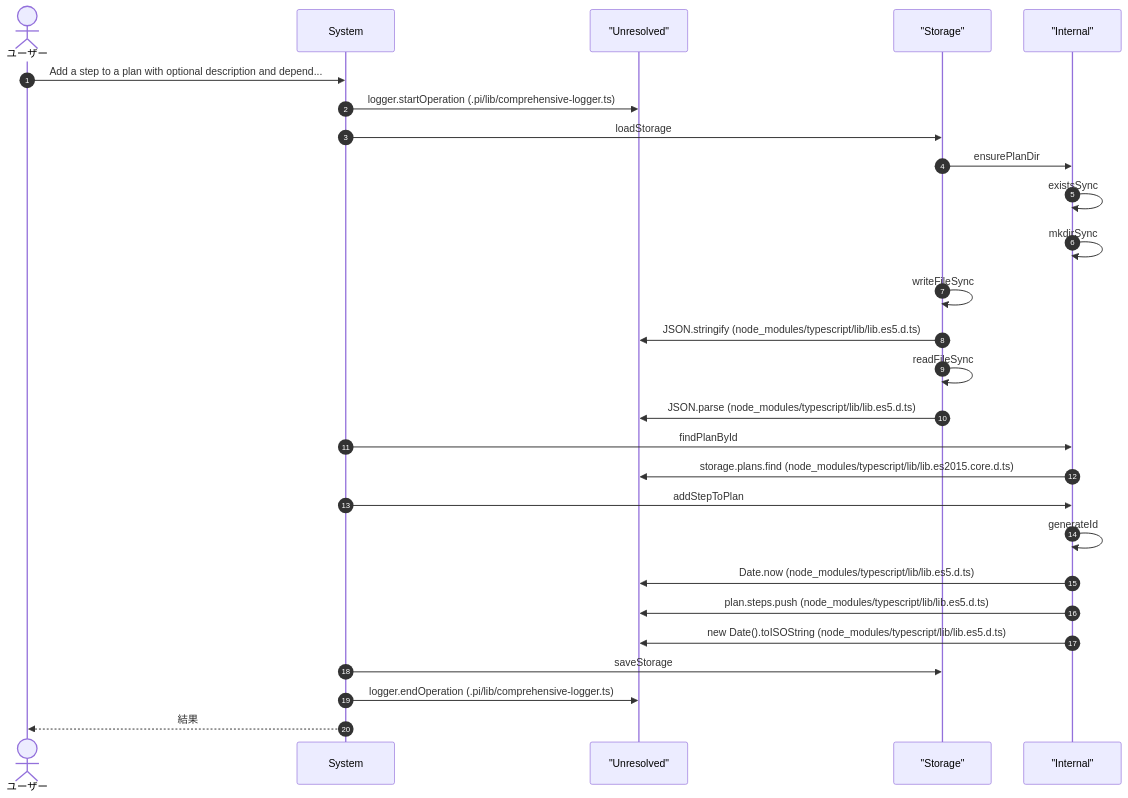
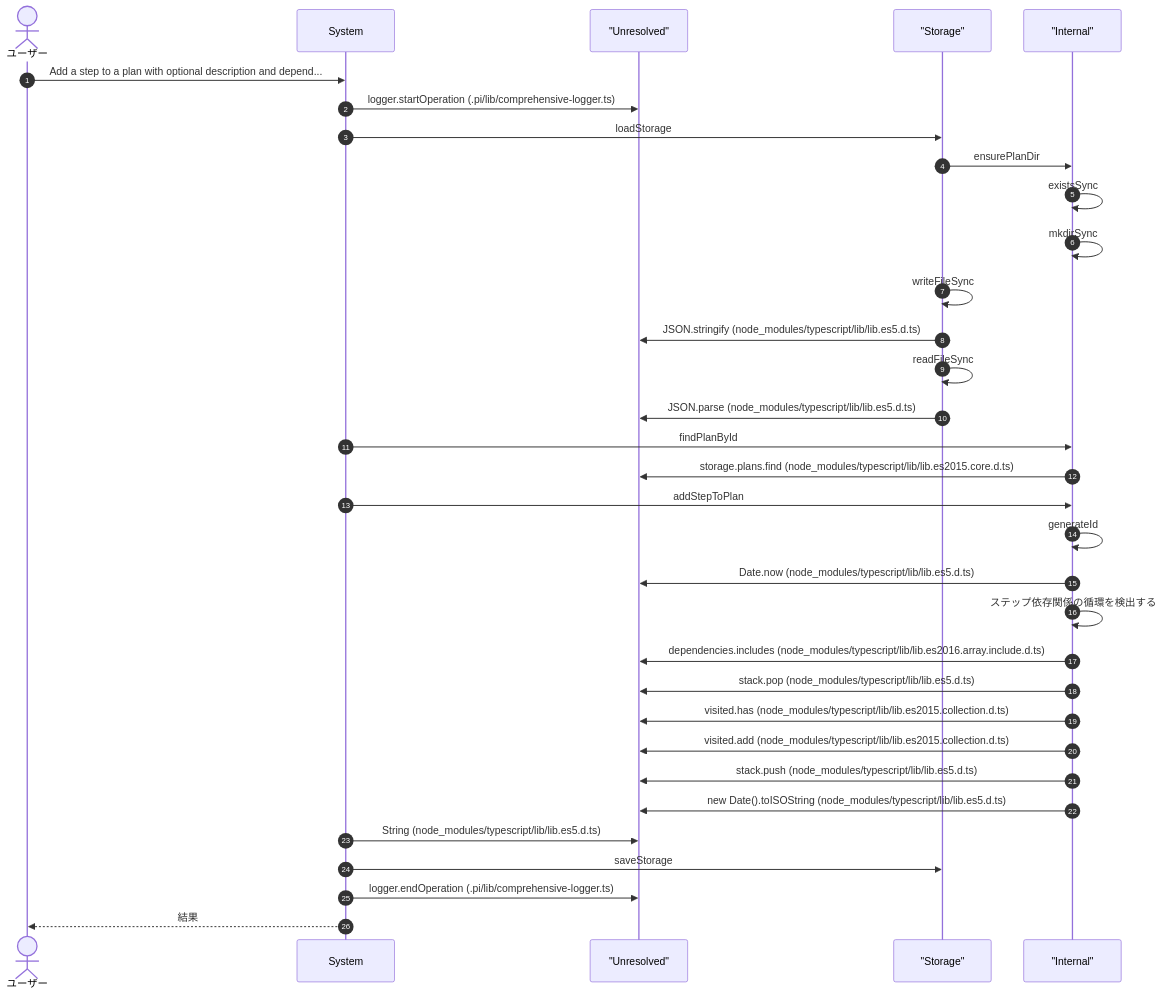
Before and after one commit to Mekann2904/mekann: the fourth of 10 diagrams in ABDD/.pi/extensions/plan.md, drawn with Mermaid. The commit also changed other lines of this file and 189 other files, not shown here.

````diff
--- a/ABDD/.pi/extensions/plan.md
+++ b/ABDD/.pi/extensions/plan.md
@@ -144,31 +145,37 @@
 ```mermaid
 sequenceDiagram
   autonumber
   actor User as ユーザー
   participant System as System
   participant Unresolved as "Unresolved"
   participant Storage as "Storage"
   participant Internal as "Internal"
 
   User->>System: Add a step to a plan with optional description and depend...
   System->>Unresolved: logger.startOperation (.pi/lib/comprehensive-logger.ts)
   System->>Storage: loadStorage
   Storage->>Internal: ensurePlanDir
   Internal->>Internal: existsSync
   Internal->>Internal: mkdirSync
   Storage->>Storage: writeFileSync
   Storage->>Unresolved: JSON.stringify (node_modules/typescript/lib/lib.es5.d.ts)
   Storage->>Storage: readFileSync
   Storage->>Unresolved: JSON.parse (node_modules/typescript/lib/lib.es5.d.ts)
   System->>Internal: findPlanById
   Internal->>Unresolved: storage.plans.find (node_modules/typescript/lib/lib.es2015.core.d.ts)
   System->>Internal: addStepToPlan
   Internal->>Internal: generateId
   Internal->>Unresolved: Date.now (node_modules/typescript/lib/lib.es5.d.ts)
-  Internal->>Unresolved: plan.steps.push (node_modules/typescript/lib/lib.es5.d.ts)
+  Internal->>Internal: ステップ依存関係の循環を検出する
+  Internal->>Unresolved: dependencies.includes (node_modules/typescript/lib/lib.es2016.array.include.d.ts)
+  Internal->>Unresolved: stack.pop (node_modules/typescript/lib/lib.es5.d.ts)
+  Internal->>Unresolved: visited.has (node_modules/typescript/lib/lib.es2015.collection.d.ts)
+  Internal->>Unresolved: visited.add (node_modules/typescript/lib/lib.es2015.collection.d.ts)
+  Internal->>Unresolved: stack.push (node_modules/typescript/lib/lib.es5.d.ts)
   Internal->>Unresolved: new Date().toISOString (node_modules/typescript/lib/lib.es5.d.ts)
+  System->>Unresolved: String (node_modules/typescript/lib/lib.es5.d.ts)
   System->>Storage: saveStorage
   System->>Unresolved: logger.endOperation (.pi/lib/comprehensive-logger.ts)
   System-->>User: 結果
 
 ```
````
